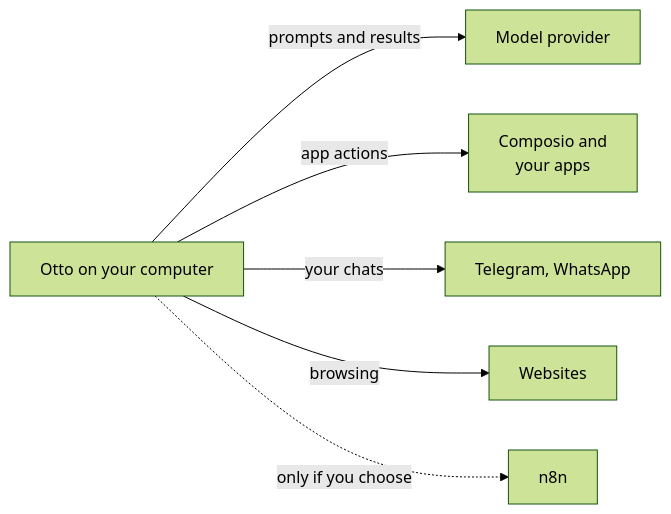
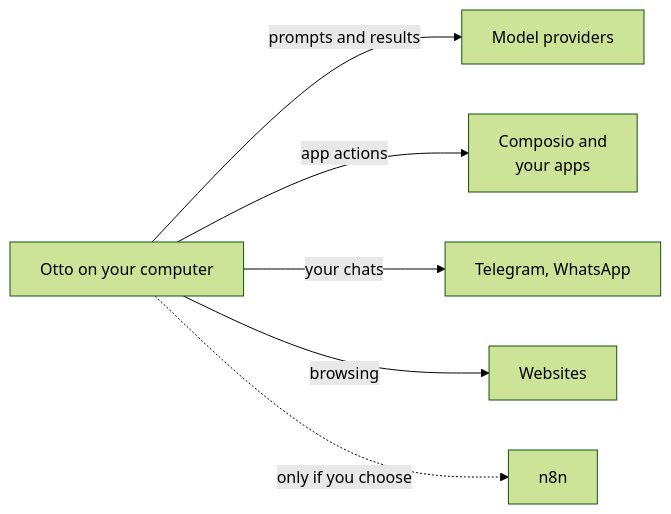
The diagram in docs/src/content/docs/trust/privacy.md (KrishBhimani/nod), drawn with Mermaid (forest theme) before and after one commit. The commit also changed other lines of this file and 22 other files, not shown here.

````diff
--- a/docs/src/content/docs/trust/privacy.md
+++ b/docs/src/content/docs/trust/privacy.md
@@ -25,9 +25,9 @@
 ```mermaid
 flowchart LR
   otto[Otto on your computer]:::accent
-  otto -- prompts and results --> model[Model provider]
+  otto -- prompts and results --> model[Model providers]
   otto -- app actions --> apps[Composio and<br/>your apps]
   otto -- your chats --> chat[Telegram, WhatsApp]
   otto -- browsing --> web[Websites]
   otto -. only if you choose .-> n8n[n8n]:::muted
 ```
````
